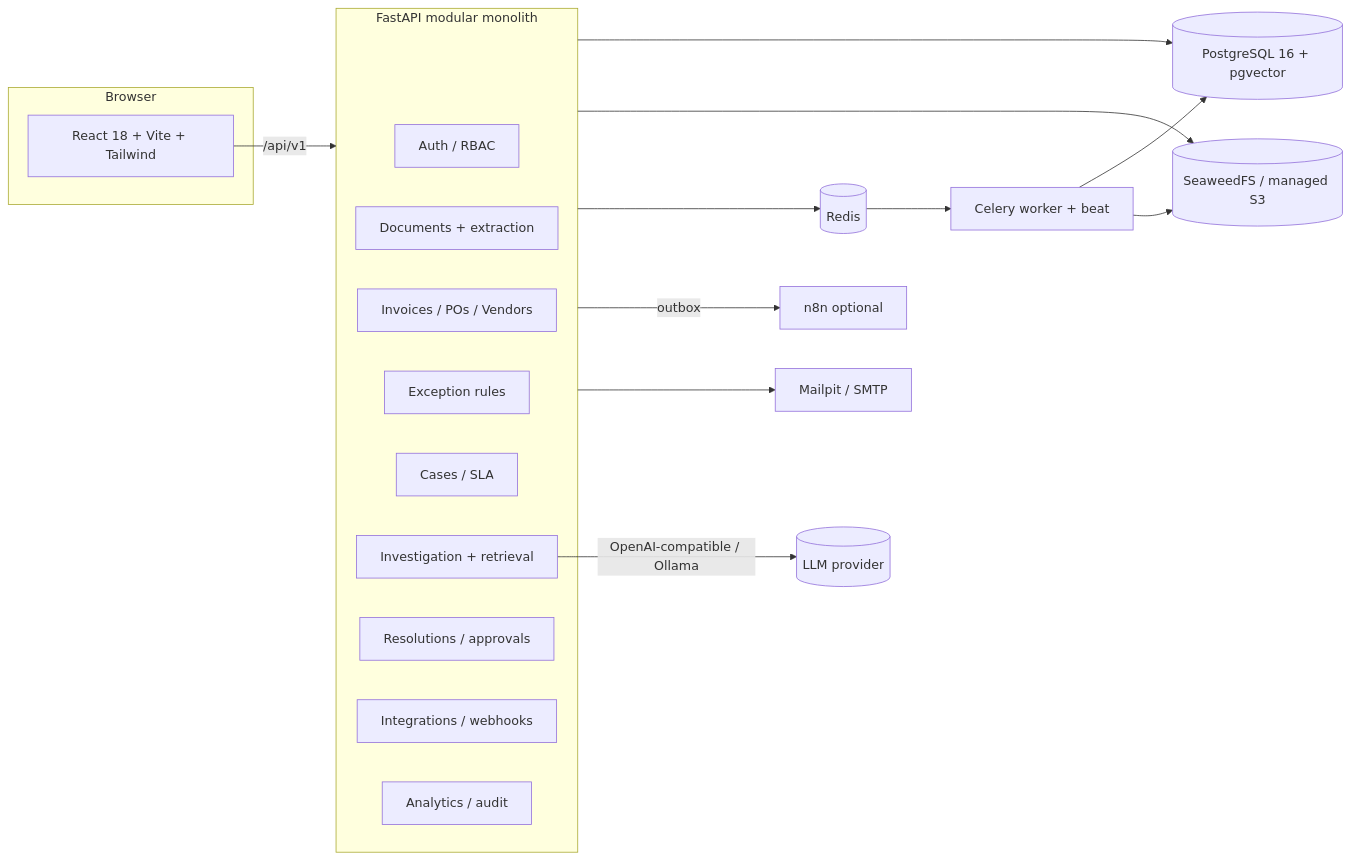
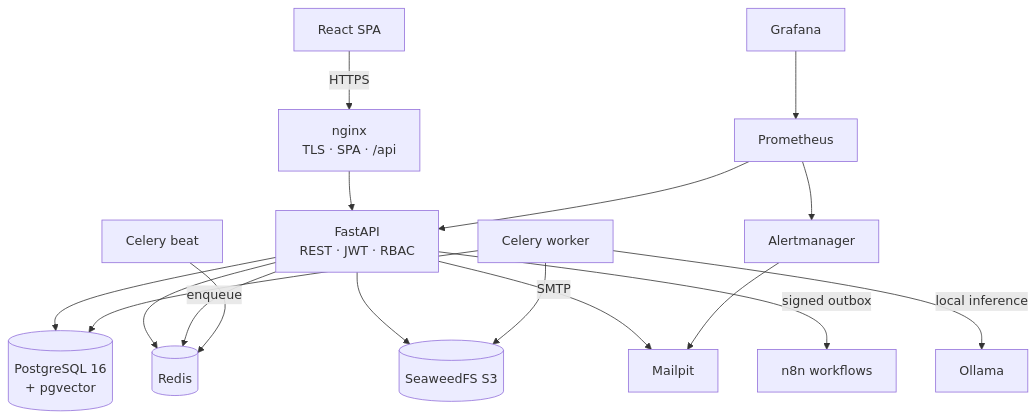
Before and after one commit to Mindenry/resolve-invoice-ops: the diagram in README.md, drawn with Mermaid. The commit also changed other lines of this file, not shown here.

````diff
--- a/README.md
+++ b/README.md
@@ -134,33 +60,19 @@
 ```mermaid
-flowchart LR
-  subgraph Browser
-    UI[React 18 + Vite + Tailwind]
-  end
-  subgraph API[FastAPI modular monolith]
-    AUTH[Auth / RBAC]
-    DOC[Documents + extraction]
-    INV[Invoices / POs / Vendors]
-    RULES[Exception rules]
-    CASE[Cases / SLA]
-    AI[Investigation + retrieval]
-    RES[Resolutions / approvals]
-    AUTO[Integrations / webhooks]
-    ANA[Analytics / audit]
-  end
-  PG[(PostgreSQL 16 + pgvector)]
-  REDIS[(Redis)]
-  S3[(SeaweedFS / managed S3)]
-  WORKER[Celery worker + beat]
-  N8N[n8n optional]
-  MAIL[Mailpit / SMTP]
-  UI -->|/api/v1| API
-  API --> PG
-  API --> S3
-  API --> REDIS
-  REDIS --> WORKER
-  WORKER --> PG
-  WORKER --> S3
-  API -->|outbox| N8N
-  API --> MAIL
-  AI -->|OpenAI-compatible / Ollama| LLM[(LLM provider)]
+flowchart TB
+  B["React SPA"] -->|HTTPS| N["nginx<br/>TLS · SPA · /api"]
+  N --> API["FastAPI<br/>REST · JWT · RBAC"]
+  API --> PG[("PostgreSQL 16<br/>+ pgvector")]
+  API --> RD[("Redis")]
+  API --> S3[("SeaweedFS S3")]
+  API -->|enqueue| RD
+  W["Celery worker"] --> PG
+  W --> S3
+  W -->|local inference| OL["Ollama"]
+  BEAT["Celery beat"] --> RD
+  API -->|SMTP| MP["Mailpit"]
+  API -->|signed outbox| N8N["n8n workflows"]
+  PR["Prometheus"] --> API
+  PR --> AM["Alertmanager"]
+  AM --> MP
+  GF["Grafana"] --> PR
 ```
````
